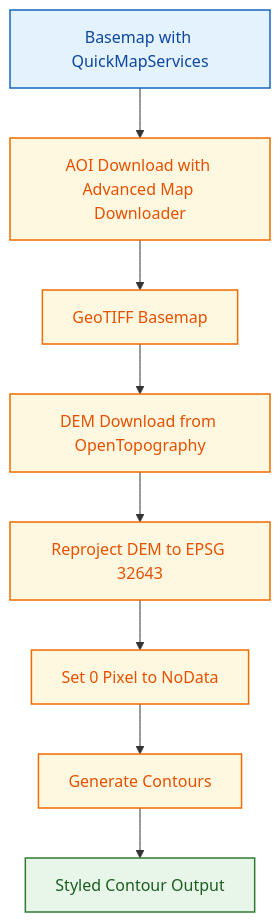
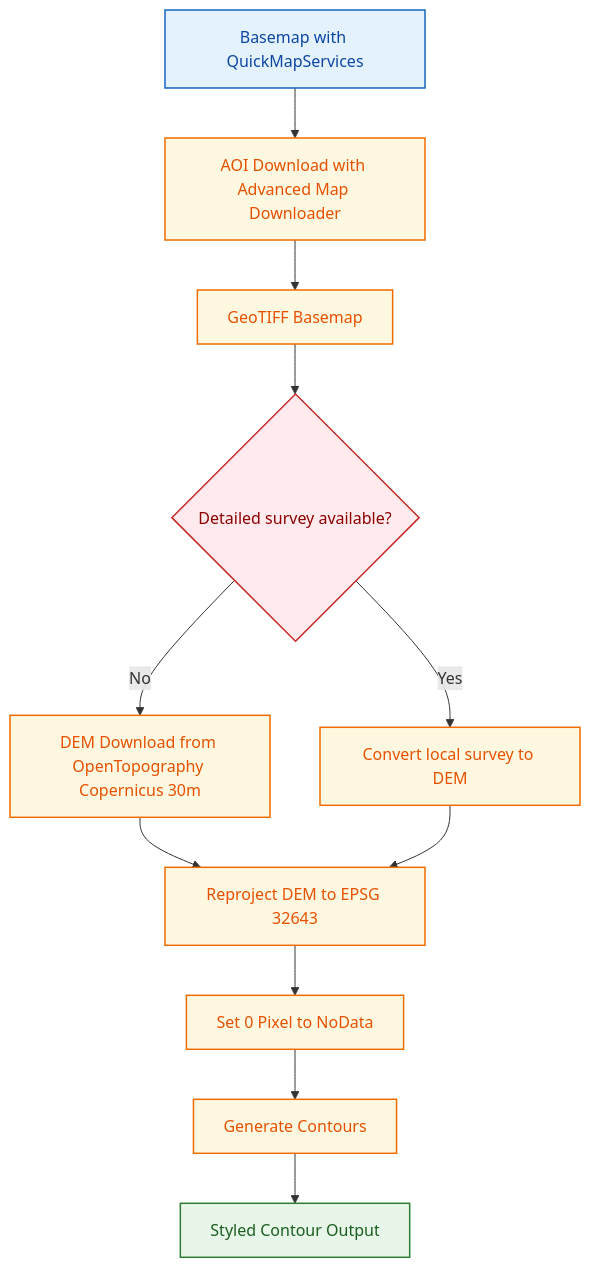
The first of 4 diagrams in docs/qgis-gep-reference.md (PrathamGitHub/Geo-CAD-Practical-Reference), drawn with Mermaid before and after one commit. The commit also changed other lines of this file and 8 other files, not shown here.

````diff
--- a/docs/qgis-gep-reference.md
+++ b/docs/qgis-gep-reference.md
@@ -124,19 +132,23 @@
 ```mermaid
 flowchart TD
 	A[Basemap with QuickMapServices] --> B[AOI Download with Advanced Map Downloader]
 	B --> C[GeoTIFF Basemap]
-	C --> D[DEM Download from OpenTopography]
-	D --> E[Reproject DEM to EPSG 32643]
-	E --> F[Set 0 Pixel to NoData]
-	F --> G[Generate Contours]
-	G --> H[Styled Contour Output]
+	C --> D{Detailed survey available?}
+	D -->|No| E[DEM Download from OpenTopography Copernicus 30m]
+	D -->|Yes| F[Convert local survey to DEM]
+	E --> G[Reproject DEM to EPSG 32643]
+	F --> G
+	G --> H[Set 0 Pixel to NoData]
+	H --> I[Generate Contours]
+	I --> J[Styled Contour Output]
 
 	classDef input fill:#e3f2fd,stroke:#1565c0,stroke-width:1.5px,color:#0d47a1;
 	classDef process fill:#fff8e1,stroke:#ef6c00,stroke-width:1.5px,color:#e65100;
 	classDef decision fill:#ffebee,stroke:#c62828,stroke-width:1.5px,color:#8e0000;
 	classDef output fill:#e8f5e9,stroke:#2e7d32,stroke-width:1.5px,color:#1b5e20;
 
 	class A input;
-	class B,C,D,E,F,G process;
-	class H output;
+	class B,C,E,F,G,H,I process;
+	class D decision;
+	class J output;
 ```
````
